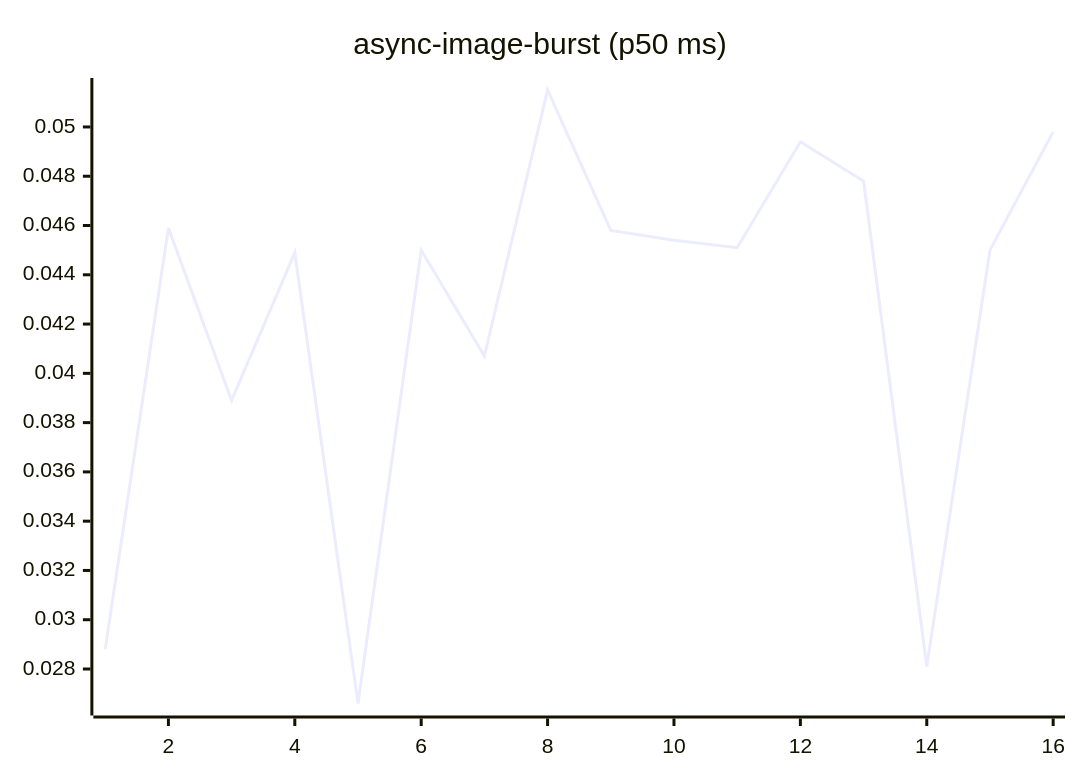
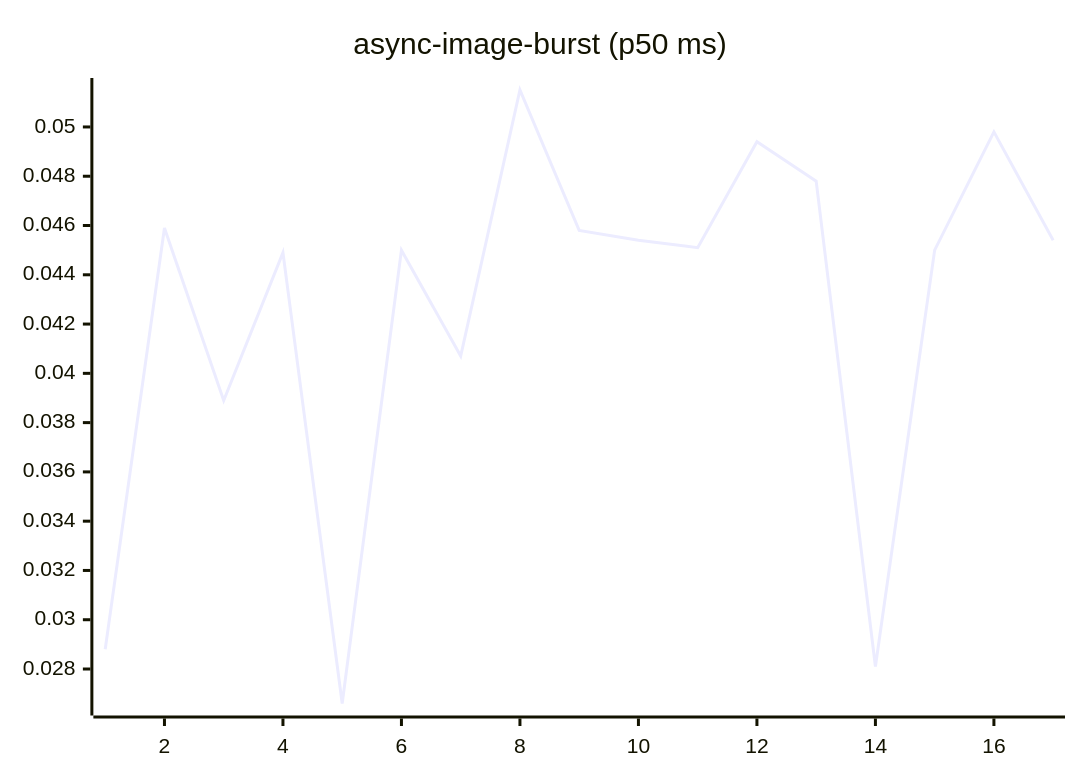
One commit to josha/Facet changed the fourth of 27 diagrams in README.md. Above: the diagram before and after it, drawn with Mermaid. The commit also changed other lines of this file and 2 other files, not shown here.

````diff
--- a/README.md
+++ b/README.md
@@ -84,6 +84,6 @@
 ```mermaid
 xychart-beta
     title "async-image-burst (p50 ms)"
-    x-axis 1 --> 16
-    line [0.0288, 0.0459, 0.0389, 0.0449, 0.0266, 0.0450, 0.0407, 0.0515, 0.0458, 0.0454, 0.0451, 0.0494, 0.0478, 0.0281, 0.0450, 0.0498]
+    x-axis 1 --> 17
+    line [0.0288, 0.0459, 0.0389, 0.0449, 0.0266, 0.0450, 0.0407, 0.0515, 0.0458, 0.0454, 0.0451, 0.0494, 0.0478, 0.0281, 0.0450, 0.0498, 0.0454]
 ```
````
